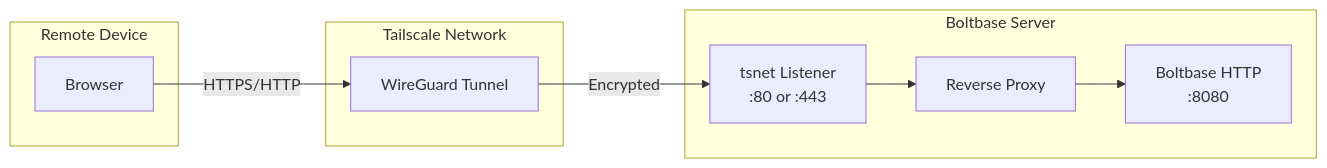
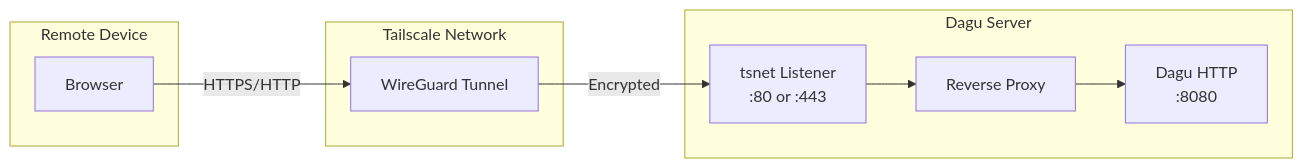
The diagram in configurations/tunnel.md (dagucloud/docs), drawn with Mermaid before and after one commit. The commit also changed other lines of this file and 90 other files, not shown here.

````diff
--- a/configurations/tunnel.md
+++ b/configurations/tunnel.md
@@ -7,21 +7,21 @@
 ```mermaid
 graph LR
     subgraph Remote["Remote Device"]
         B[Browser]
     end
 
     subgraph Tailnet["Tailscale Network"]
         WG[WireGuard Tunnel]
     end
 
-    subgraph Server["Boltbase Server"]
+    subgraph Server["Dagu Server"]
         TS[tsnet Listener<br/>:80 or :443]
         RP[Reverse Proxy]
-        DS[Boltbase HTTP<br/>:8080]
+        DS[Dagu HTTP<br/>:8080]
     end
 
     B -->|HTTPS/HTTP| WG
     WG -->|Encrypted| TS
     TS --> RP
     RP --> DS
 ```
````
